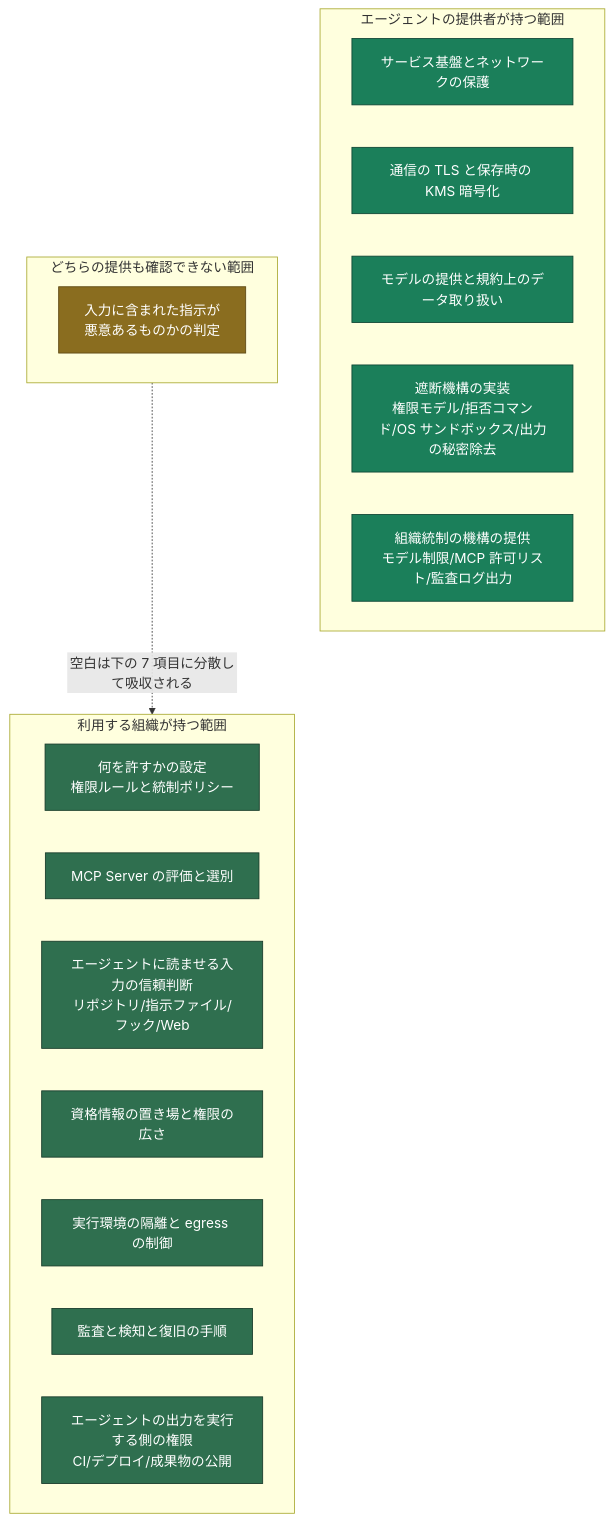
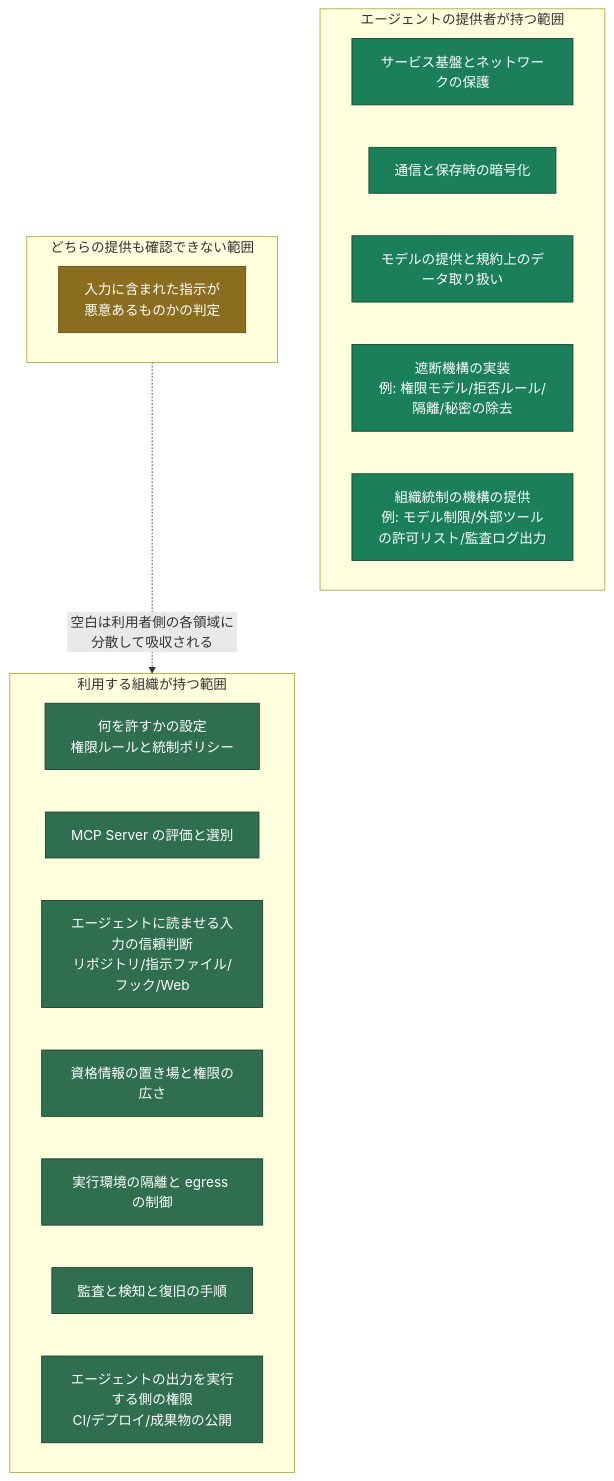
Before and after one commit to littlemex/zenn: the second of 3 diagrams in articles/0f467b2807e1fc.md, drawn with Mermaid. The commit also changed other lines of this file, not shown here.

````diff
--- a/articles/0f467b2807e1fc.md
+++ b/articles/0f467b2807e1fc.md
@@ -117,33 +117,33 @@
 ```mermaid
 graph TB
-    subgraph AWS["エージェントの提供者が持つ範囲"]
+    subgraph PROVIDER["エージェントの提供者が持つ範囲"]
         A1[サービス基盤とネットワークの保護]
-        A2[通信の TLS と保存時の KMS 暗号化]
+        A2[通信と保存時の暗号化]
         A3[モデルの提供と規約上のデータ取り扱い]
-        A4[遮断機構の実装<br/>権限モデル/拒否コマンド/OS サンドボックス/出力の秘密除去]
-        A5[組織統制の機構の提供<br/>モデル制限/MCP 許可リスト/監査ログ出力]
+        A4[遮断機構の実装<br/>例: 権限モデル/拒否ルール/隔離/秘密の除去]
+        A5[組織統制の機構の提供<br/>例: モデル制限/外部ツールの許可リスト/監査ログ出力]
     end
 
     subgraph GAP["どちらの提供も確認できない範囲"]
         G1[入力に含まれた指示が<br/>悪意あるものかの判定]
     end
 
     subgraph CUST["利用する組織が持つ範囲"]
         C1[何を許すかの設定<br/>権限ルールと統制ポリシー]
         C2[MCP Server の評価と選別]
         C3[エージェントに読ませる入力の信頼判断<br/>リポジトリ/指示ファイル/フック/Web]
         C4[資格情報の置き場と権限の広さ]
         C5[実行環境の隔離と egress の制御]
         C6[監査と検知と復旧の手順]
         C7[エージェントの出力を実行する側の権限<br/>CI/デプロイ/成果物の公開]
     end
 
-    GAP -.->|空白は下の 7 項目に分散して吸収される| CUST
+    GAP -.->|空白は利用者側の各領域に分散して吸収される| CUST
 
-    classDef aws fill:#1b7f5a,stroke:#0d4433,color:#ffffff
+    classDef provider fill:#1b7f5a,stroke:#0d4433,color:#ffffff
     classDef gap fill:#8a6d1f,stroke:#5c4813,color:#ffffff
     classDef cust fill:#2f6f4f,stroke:#173a29,color:#ffffff
-    class A1,A2,A3,A4,A5 aws
+    class A1,A2,A3,A4,A5 provider
     class G1 gap
     class C1,C2,C3,C4,C5,C6,C7 cust
 ```
````
